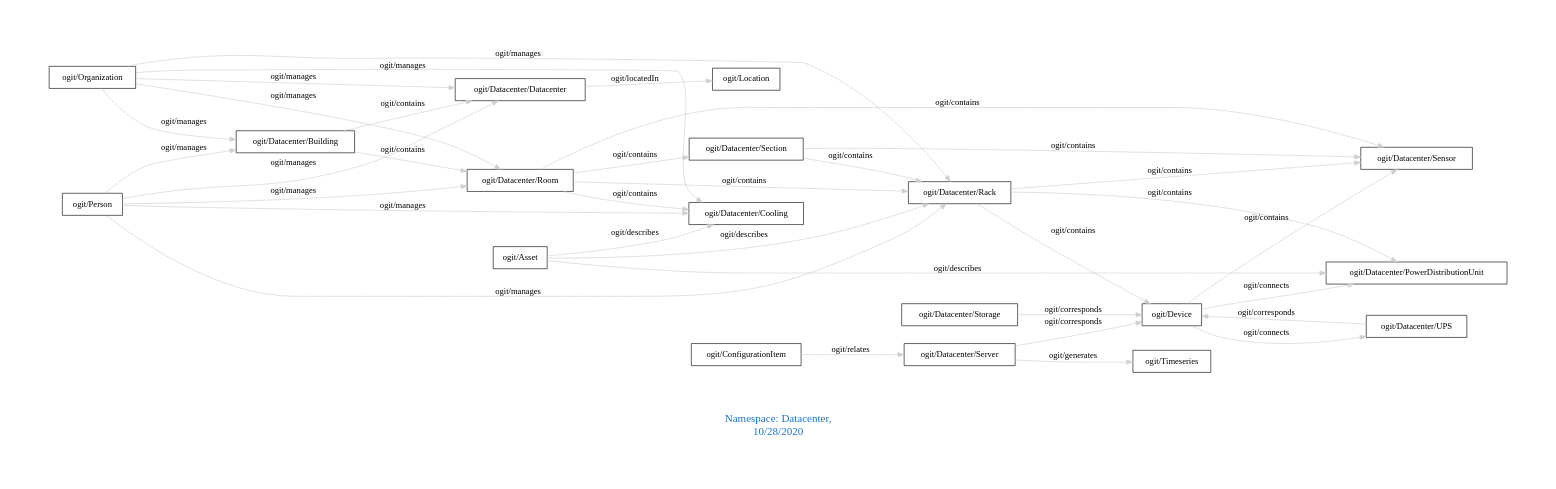
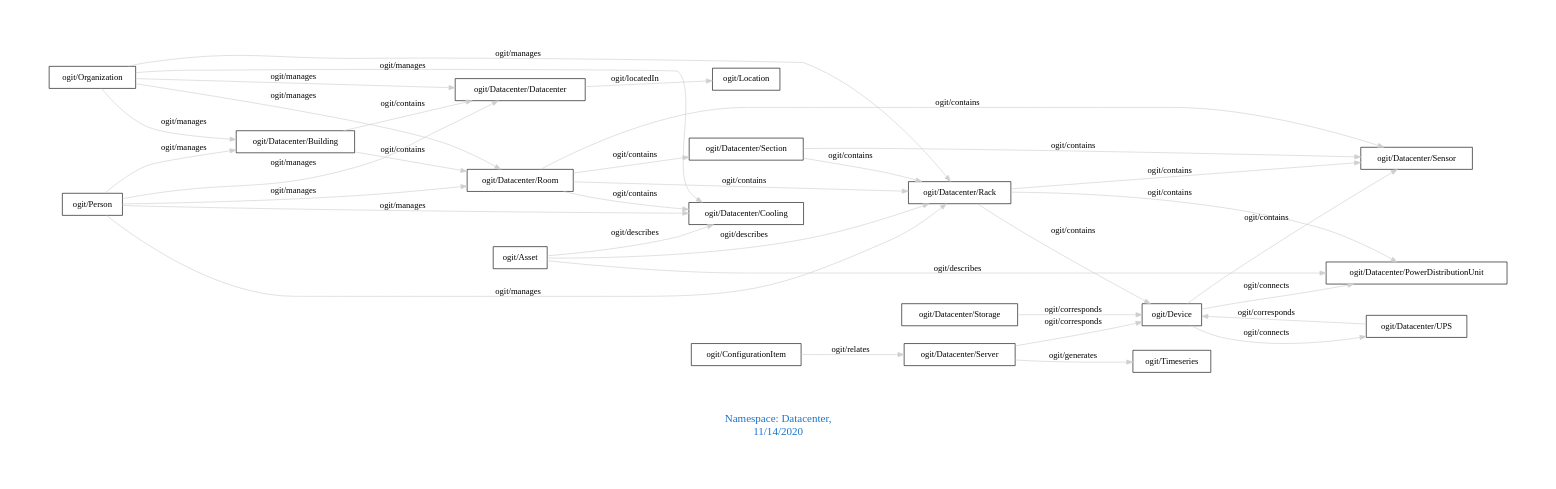
One commit to arago/OGIT changed the diagram in downloads/Datacenter.dot. Above: the diagram before and after it, drawn with Graphviz. The commit also changed 1821 other files, not shown here.

```diff
--- a/downloads/Datacenter.dot
+++ b/downloads/Datacenter.dot
@@ -1,41 +1,41 @@
 digraph OGIT_ontology {
  graph [ rankdir= LR,pad=1 
 fontsize = 18,
-fontcolor= dodgerblue3,label = "\n\n\nNamespace: Datacenter, \n 10/28/2020"];
+fontcolor= dodgerblue3,label = "\n\n\nNamespace: Datacenter, \n 11/14/2020"];
 node[shape=polygon];
 edge [  color="gray81"];
 
    "ogit/Datacenter/Building" -> "ogit/Datacenter/Datacenter" [label="   ogit/contains    "];
    "ogit/Datacenter/Building" -> "ogit/Datacenter/Room" [label="   ogit/contains    "];
    "ogit/Datacenter/Rack" -> "ogit/Datacenter/Sensor" [label="   ogit/contains    "];
    "ogit/Datacenter/Rack" -> "ogit/Datacenter/PowerDistributionUnit" [label="   ogit/contains    "];
    "ogit/Datacenter/Rack" -> "ogit/Device" [label="   ogit/contains    "];
    "ogit/Datacenter/Room" -> "ogit/Datacenter/Rack" [label="   ogit/contains    "];
    "ogit/Datacenter/Room" -> "ogit/Datacenter/Cooling" [label="   ogit/contains    "];
    "ogit/Datacenter/Room" -> "ogit/Datacenter/Sensor" [label="   ogit/contains    "];
    "ogit/Datacenter/Room" -> "ogit/Datacenter/Section" [label="   ogit/contains    "];
    "ogit/Datacenter/Section" -> "ogit/Datacenter/Sensor" [label="   ogit/contains    "];
    "ogit/Datacenter/Section" -> "ogit/Datacenter/Rack" [label="   ogit/contains    "];
    "ogit/Device" -> "ogit/Datacenter/Sensor" [label="   ogit/contains    "];
    "ogit/Organization" -> "ogit/Datacenter/Room" [label="   ogit/manages    "];
    "ogit/Organization" -> "ogit/Datacenter/Rack" [label="   ogit/manages    "];
    "ogit/Organization" -> "ogit/Datacenter/Datacenter" [label="   ogit/manages    "];
    "ogit/Organization" -> "ogit/Datacenter/Cooling" [label="   ogit/manages    "];
    "ogit/Organization" -> "ogit/Datacenter/Building" [label="   ogit/manages    "];
    "ogit/Person" -> "ogit/Datacenter/Room" [label="   ogit/manages    "];
    "ogit/Person" -> "ogit/Datacenter/Rack" [label="   ogit/manages    "];
    "ogit/Person" -> "ogit/Datacenter/Datacenter" [label="   ogit/manages    "];
    "ogit/Person" -> "ogit/Datacenter/Cooling" [label="   ogit/manages    "];
    "ogit/Person" -> "ogit/Datacenter/Building" [label="   ogit/manages    "];
    "ogit/Datacenter/Server" -> "ogit/Timeseries" [label="   ogit/generates    "];
    "ogit/Asset" -> "ogit/Datacenter/Rack" [label="   ogit/describes    "];
    "ogit/Asset" -> "ogit/Datacenter/PowerDistributionUnit" [label="   ogit/describes    "];
    "ogit/Asset" -> "ogit/Datacenter/Cooling" [label="   ogit/describes    "];
    "ogit/Device" -> "ogit/Datacenter/PowerDistributionUnit" [label="   ogit/connects    "];
    "ogit/Device" -> "ogit/Datacenter/UPS" [label="   ogit/connects    "];
    "ogit/Datacenter/Datacenter" -> "ogit/Location" [label="   ogit/locatedIn    "];
    "ogit/Datacenter/Server" -> "ogit/Device" [label="   ogit/corresponds    "];
    "ogit/Datacenter/Storage" -> "ogit/Device" [label="   ogit/corresponds    "];
    "ogit/Datacenter/UPS" -> "ogit/Device" [label="   ogit/corresponds    "];
    "ogit/ConfigurationItem" -> "ogit/Datacenter/Server" [label="   ogit/relates    "];
 }
```
